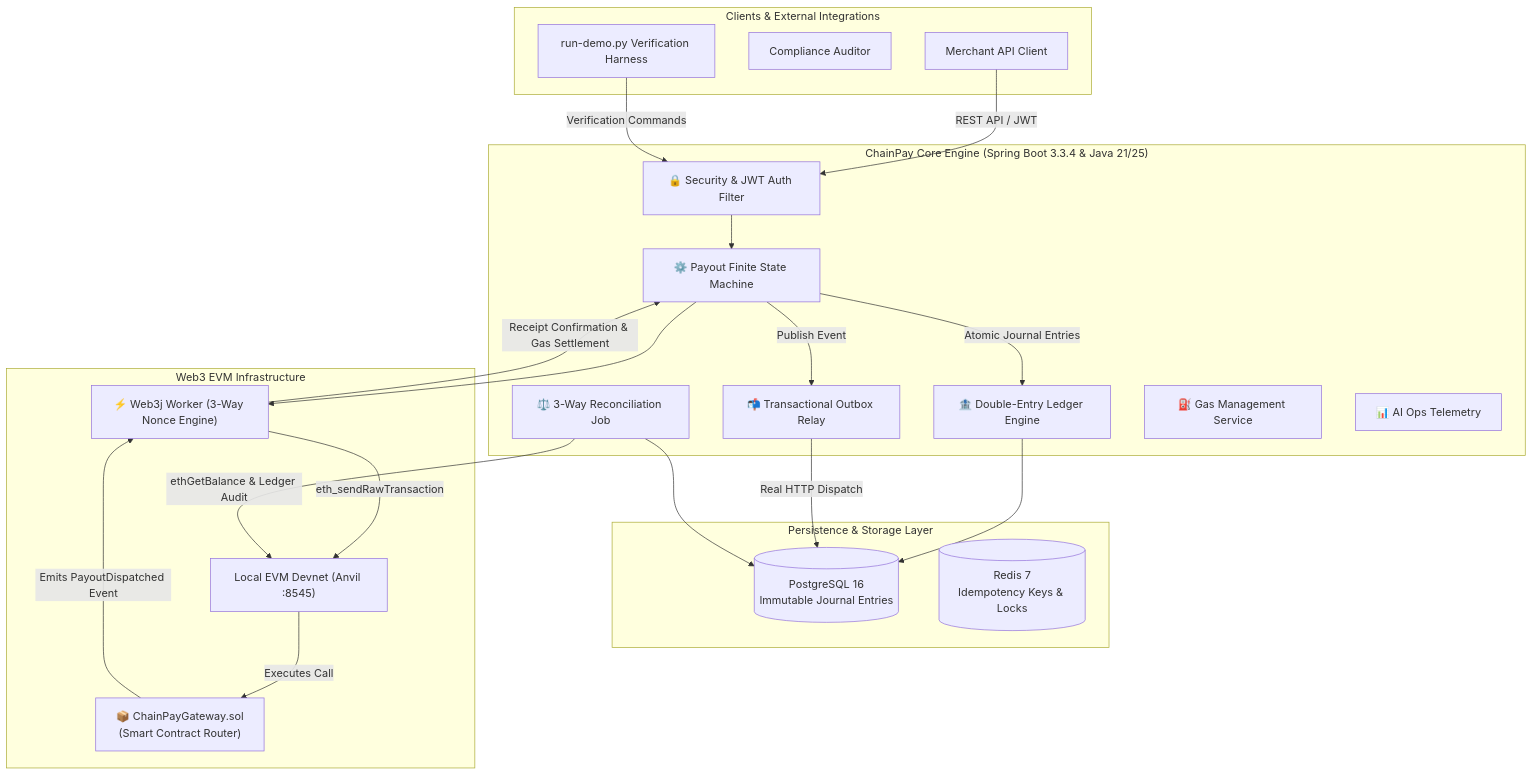
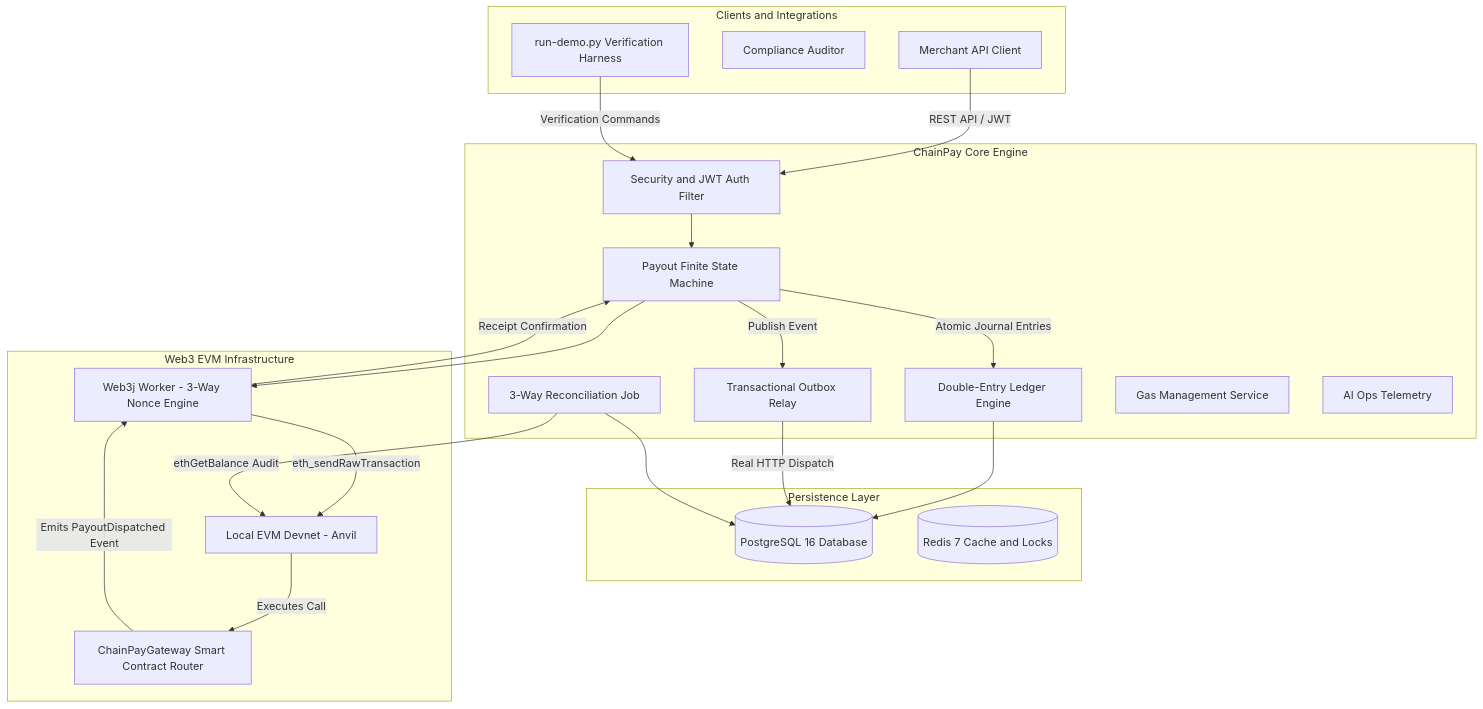
One commit to 0xshikhar/chainpay changed the first of 6 diagrams in README.md. Above: the diagram before and after it, drawn with Mermaid. The commit also changed other lines of this file, not shown here.

````diff
--- a/README.md
+++ b/README.md
@@ -64,44 +64,44 @@
 ```mermaid
 flowchart TB
-    subgraph Clients["Clients & External Integrations"]
+    subgraph Clients["Clients and Integrations"]
         Merchant["Merchant API Client"]
         Auditor["Compliance Auditor"]
         DemoHarness["run-demo.py Verification Harness"]
     end
 
-    subgraph CoreEngine["ChainPay Core Engine (Spring Boot 3.3.4 & Java 21/25)"]
-        Security["🔒 Security & JWT Auth Filter"]
-        PayoutFSM["⚙️ Payout Finite State Machine"]
-        Ledger["🏦 Double-Entry Ledger Engine"]
-        OutboxRelay["📬 Transactional Outbox Relay"]
-        Reconciliation["⚖️ 3-Way Reconciliation Job"]
-        GasService["⛽ Gas Management Service"]
-        Copilot["📊 AI Ops Telemetry"]
+    subgraph CoreEngine["ChainPay Core Engine"]
+        Security["Security and JWT Auth Filter"]
+        PayoutFSM["Payout Finite State Machine"]
+        Ledger["Double-Entry Ledger Engine"]
+        OutboxRelay["Transactional Outbox Relay"]
+        Reconciliation["3-Way Reconciliation Job"]
+        GasService["Gas Management Service"]
+        Copilot["AI Ops Telemetry"]
     end
 
-    subgraph Storage["Persistence & Storage Layer"]
-        DB[(PostgreSQL 16\nImmutable Journal Entries)]
-        Redis[(Redis 7\nIdempotency Keys & Locks)]
+    subgraph Storage["Persistence Layer"]
+        DB[("PostgreSQL 16 Database")]
+        Redis[("Redis 7 Cache and Locks")]
     end
 
     subgraph Web3EVM["Web3 EVM Infrastructure"]
-        Worker["⚡ Web3j Worker (3-Way Nonce Engine)"]
-        Anvil["Local EVM Devnet (Anvil :8545)"]
-        Gateway["📦 ChainPayGateway.sol\n(Smart Contract Router)"]
+        Worker["Web3j Worker - 3-Way Nonce Engine"]
+        Anvil["Local EVM Devnet - Anvil"]
+        Gateway["ChainPayGateway Smart Contract Router"]
     end
 
     Merchant -->|REST API / JWT| Security
     DemoHarness -->|Verification Commands| Security
     Security --> PayoutFSM
     PayoutFSM -->|Atomic Journal Entries| Ledger
     Ledger --> DB
     PayoutFSM --> Worker
     Worker -->|eth_sendRawTransaction| Anvil
     Anvil -->|Executes Call| Gateway
     Gateway -->|Emits PayoutDispatched Event| Worker
-    Worker -->|Receipt Confirmation & Gas Settlement| PayoutFSM
+    Worker -->|Receipt Confirmation| PayoutFSM
     PayoutFSM -->|Publish Event| OutboxRelay
     OutboxRelay -->|Real HTTP Dispatch| DB
-    Reconciliation -->|ethGetBalance & Ledger Audit| Anvil
+    Reconciliation -->|ethGetBalance Audit| Anvil
     Reconciliation --> DB
 ```
````
